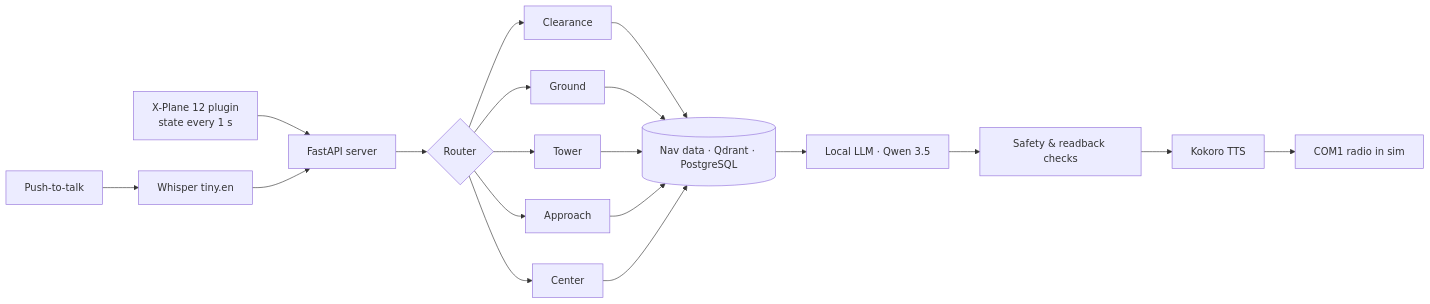
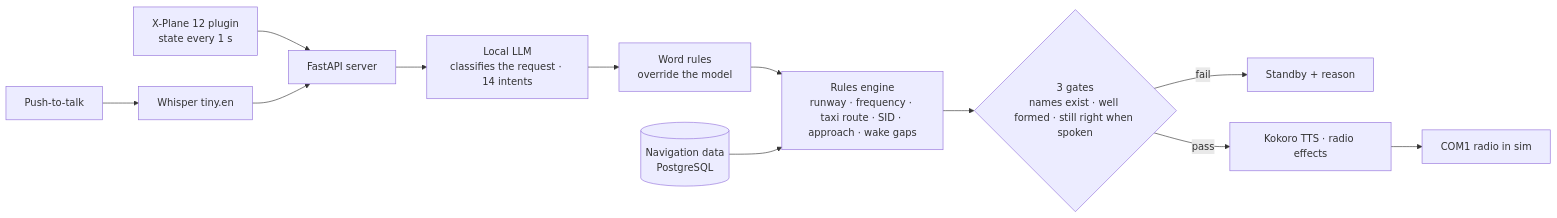
Before and after one commit to North-Lab-RO/north-lab-ro.github.io: the fifth of 6 diagrams in README.md, drawn with Mermaid. The commit also changed other lines of this file and 25 other files, not shown here.

First line of the commit message:
In-depth workflow diagrams for every product, traced from the source

````diff
--- a/README.md
+++ b/README.md
@@ -234,16 +241,12 @@
 ```mermaid
 flowchart LR
     XP[X-Plane 12 plugin<br/>state every 1 s] --> API[FastAPI server]
-    MIC[Push-to-talk] --> STT[Whisper tiny.en]
-    STT --> API
-    API --> RT{Router}
-    RT --> C1[Clearance]
-    RT --> C2[Ground]
-    RT --> C3[Tower]
-    RT --> C4[Approach]
-    RT --> C5[Center]
-    C1 & C2 & C3 & C4 & C5 --> RAG[(Nav data · Qdrant · PostgreSQL)]
-    RAG --> LLM[Local LLM · Qwen 3.5]
-    LLM --> VER[Safety & readback checks]
-    VER --> TTS[Kokoro TTS] --> COM[COM1 radio in sim]
+    MIC[Push-to-talk] --> STT[Whisper tiny.en] --> API
+    API --> INT[Local LLM<br/>classifies the request · 14 intents]
+    INT --> WR[Word rules<br/>override the model]
+    WR --> ENG[Rules engine<br/>runway · frequency · taxi route · SID · approach · wake gaps]
+    NAV[(Navigation data<br/>PostgreSQL)] --> ENG
+    ENG --> G{3 gates<br/>names exist · well formed · still right when spoken}
+    G -- fail --> SB[Standby + reason]
+    G -- pass --> TTS[Kokoro TTS · radio effects] --> COM[COM1 radio in sim]
 ```
````
